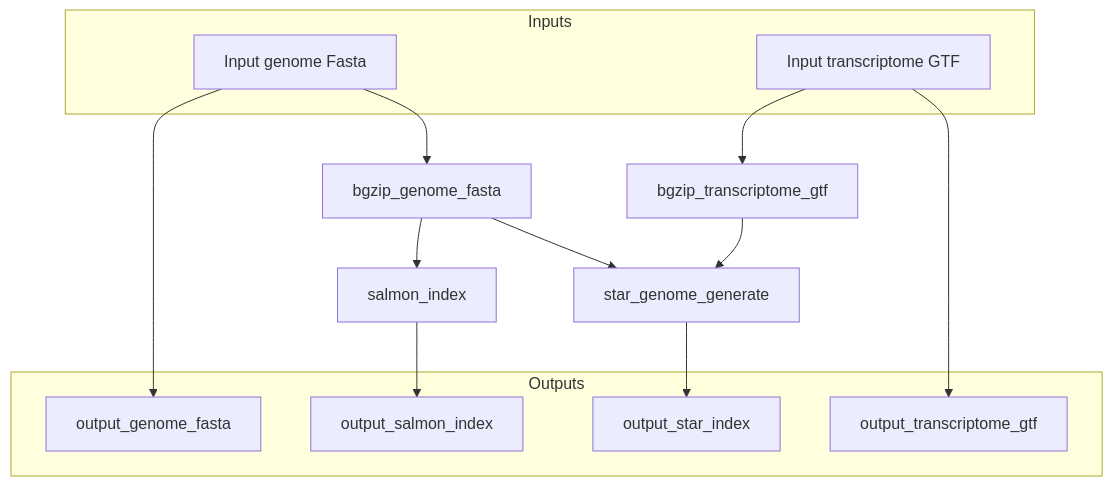
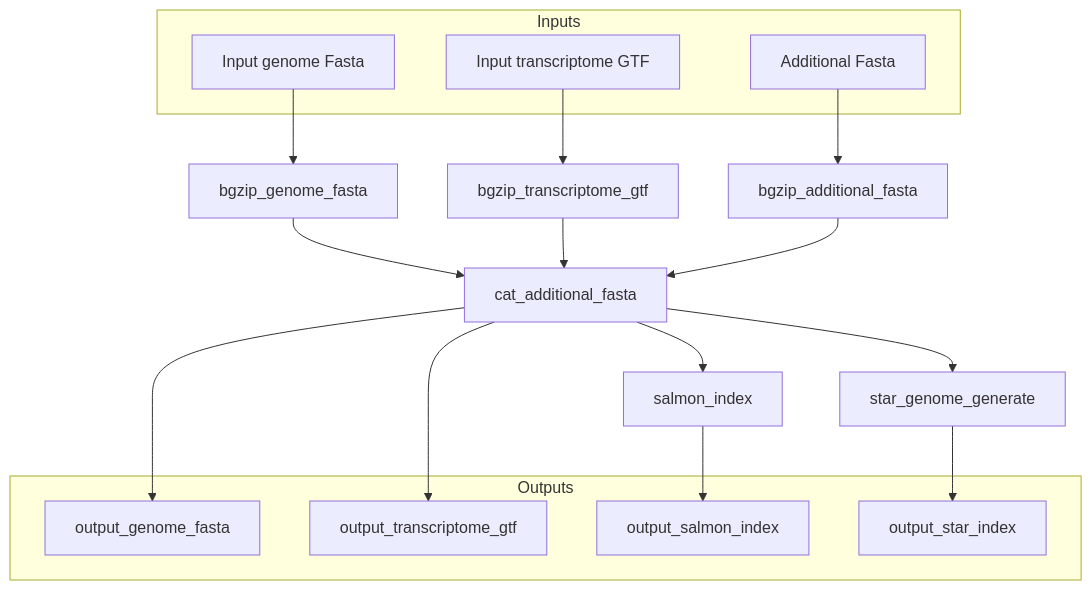
One commit to viash-hub/rnaseq changed the fourth of 4 diagrams in README.md. Above: the diagram before and after it, drawn with Mermaid. The commit also changed 10 other files, not shown here.

Commit message:
add additional fasta + move dirs + update diagram

````diff
--- a/README.md
+++ b/README.md
@@ -148,24 +148,27 @@
 ``` mermaid
 flowchart TB
 
   subgraph inputs[Inputs]
     input_genome_fasta[Input genome Fasta]
     input_transcriptome_gtf[Input transcriptome GTF]
+    additional_fasta[Additional Fasta]
   end
 
-  input_genome_fasta --> output_genome_fasta
   input_genome_fasta --> bgzip_genome_fasta
   input_transcriptome_gtf --> bgzip_transcriptome_gtf
-  input_transcriptome_gtf --> output_transcriptome_gtf
-  bgzip_genome_fasta --> salmon_index --> output_salmon_index
-  bgzip_genome_fasta & bgzip_transcriptome_gtf --> star_genome_generate --> output_star_index
+  additional_fasta --> bgzip_additional_fasta
+  bgzip_genome_fasta & bgzip_transcriptome_gtf & bgzip_additional_fasta --> cat_additional_fasta
+  cat_additional_fasta --> output_genome_fasta
+  cat_additional_fasta --> output_transcriptome_gtf
+  cat_additional_fasta--> salmon_index --> output_salmon_index
+  cat_additional_fasta --> star_genome_generate --> output_star_index
 
   subgraph outputs[Outputs]
     output_star_index
     output_salmon_index
     output_genome_fasta
     output_transcriptome_gtf
   end
 
   classDef info stroke-dasharray: 4 4
 ```
````
